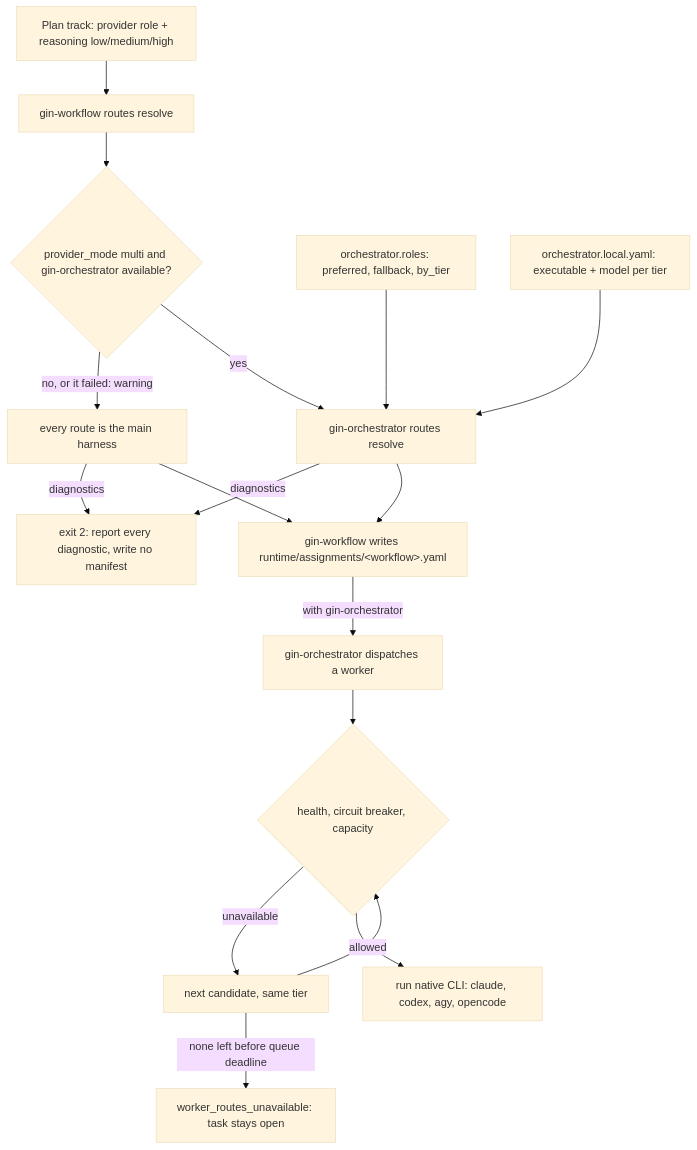
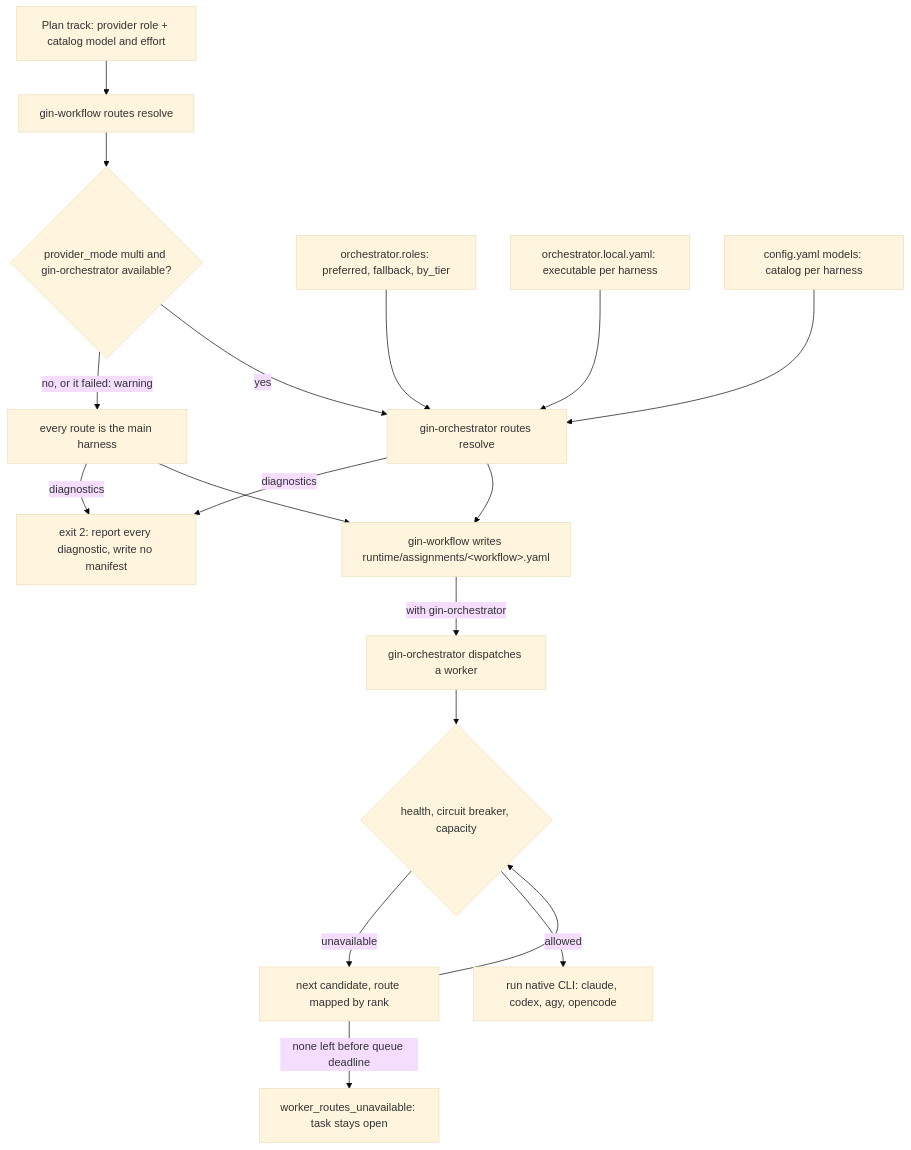
Before and after one commit to giangdhwhtbr/gin-workflow: the fourth of 6 diagrams in docs/concepts/architecture.md, drawn with Mermaid (base theme). The commit also changed other lines of this file and 10 other files, not shown here.

Commit message:
docs: model catalog, route dispatch, and schema 2.9

````diff
--- a/docs/concepts/architecture.md
+++ b/docs/concepts/architecture.md
@@ -110,19 +113,20 @@
 ```mermaid
 flowchart TD
-    T[Plan track: provider role + reasoning low/medium/high] --> F[gin-workflow routes resolve]
+    T[Plan track: provider role + catalog model and effort] --> F[gin-workflow routes resolve]
     F --> Q{provider_mode multi and gin-orchestrator available?}
     Q -->|no, or it failed: warning| MH[every route is the main harness]
     Q -->|yes| OR[gin-orchestrator routes resolve]
     C1[orchestrator.roles: preferred, fallback, by_tier] --> OR
-    C2[orchestrator.local.yaml: executable + model per tier] --> OR
+    C2[orchestrator.local.yaml: executable per harness] --> OR
+    C3[config.yaml models: catalog per harness] --> OR
     OR -->|diagnostics| X[exit 2: report every diagnostic, write no manifest]
     MH -->|diagnostics| X
     OR --> M[gin-workflow writes runtime/assignments/&lt;workflow&gt;.yaml]
     MH --> M
     M -->|with gin-orchestrator| D[gin-orchestrator dispatches a worker]
     D --> H{health, circuit breaker, capacity}
-    H -->|unavailable| N[next candidate, same tier]
+    H -->|unavailable| N[next candidate, route mapped by rank]
     N --> H
     H -->|allowed| RUN[run native CLI: claude, codex, agy, opencode]
     N -->|none left before queue deadline| U[worker_routes_unavailable: task stays open]
 ```
````
